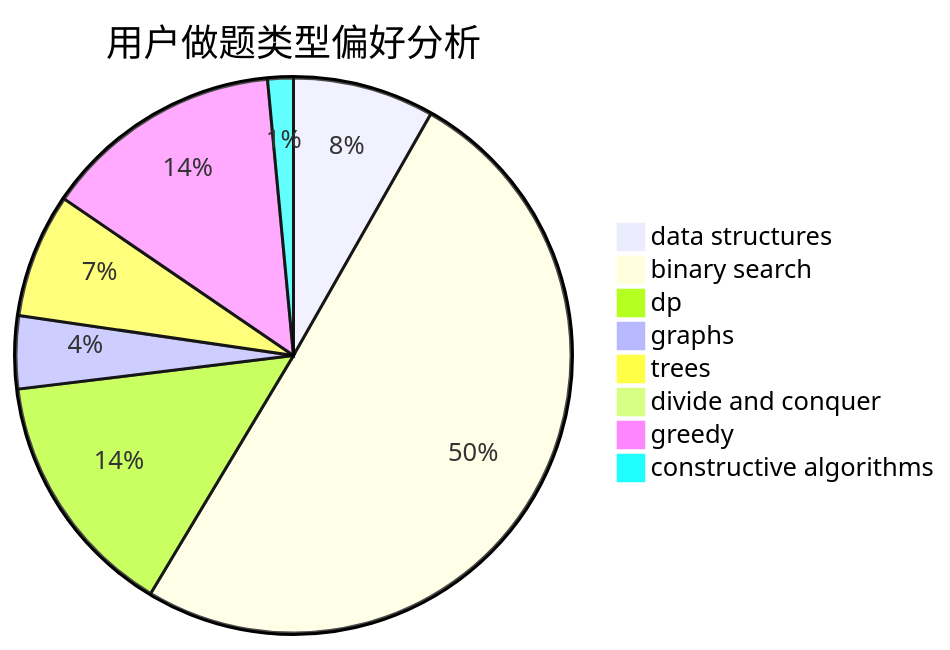
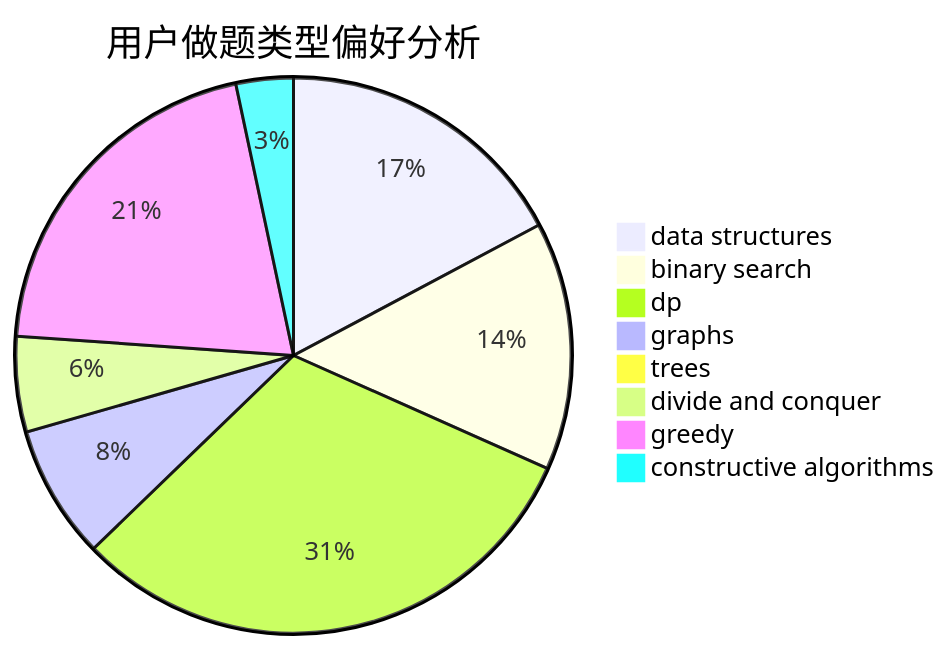
The second of 3 diagrams in docs/user/u989.md (sherpahu/cfrs.github.io), drawn with Mermaid before and after one commit. The commit also changed other lines of this file and 2770 other files, not shown here.

````diff
--- a/docs/user/u989.md
+++ b/docs/user/u989.md
@@ -23,11 +23,11 @@
 ```mermaid
 pie title 用户做题类型偏好分析
-    "data structures" :  33
-    "binary search" :  202
-    "dp" :  58
-    "graphs" :  17
-    "trees" :  29
-    "divide and conquer" :  0
-    "greedy" :  56
+    "data structures" :  31
+    "binary search" :  26
+    "dp" :  56
+    "graphs" :  14
+    "trees" :  0
+    "divide and conquer" :  10
+    "greedy" :  37
     "constructive algorithms" :  6
 ```
````
